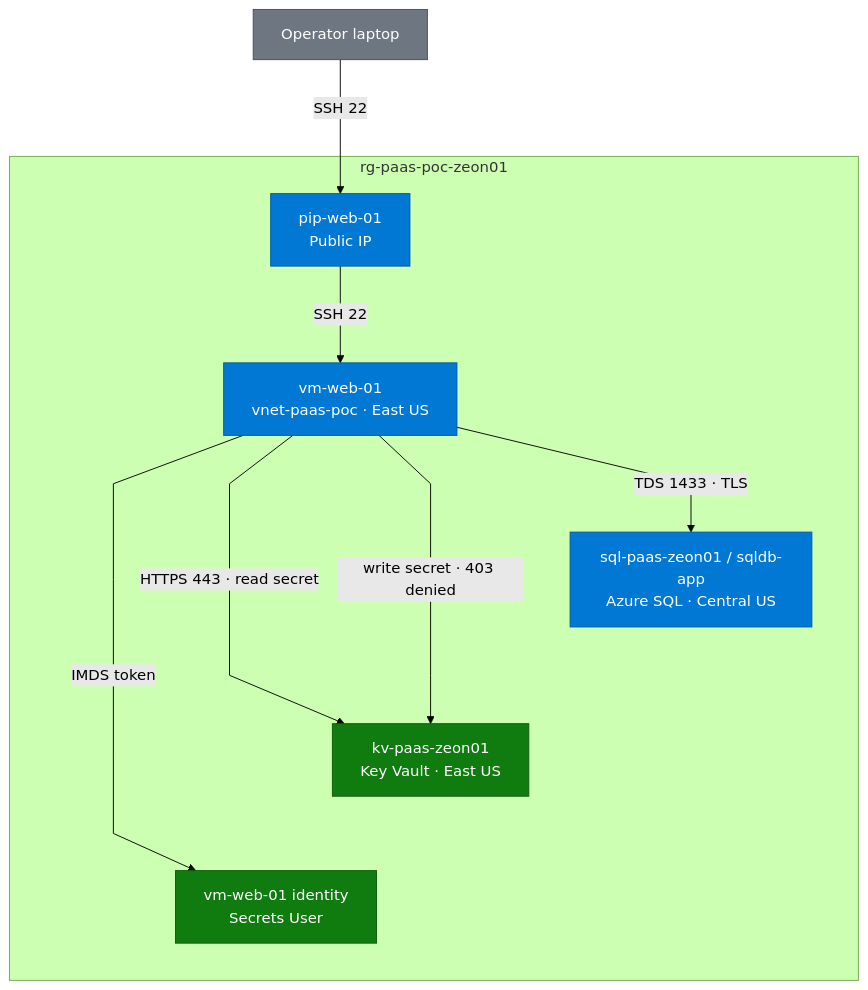
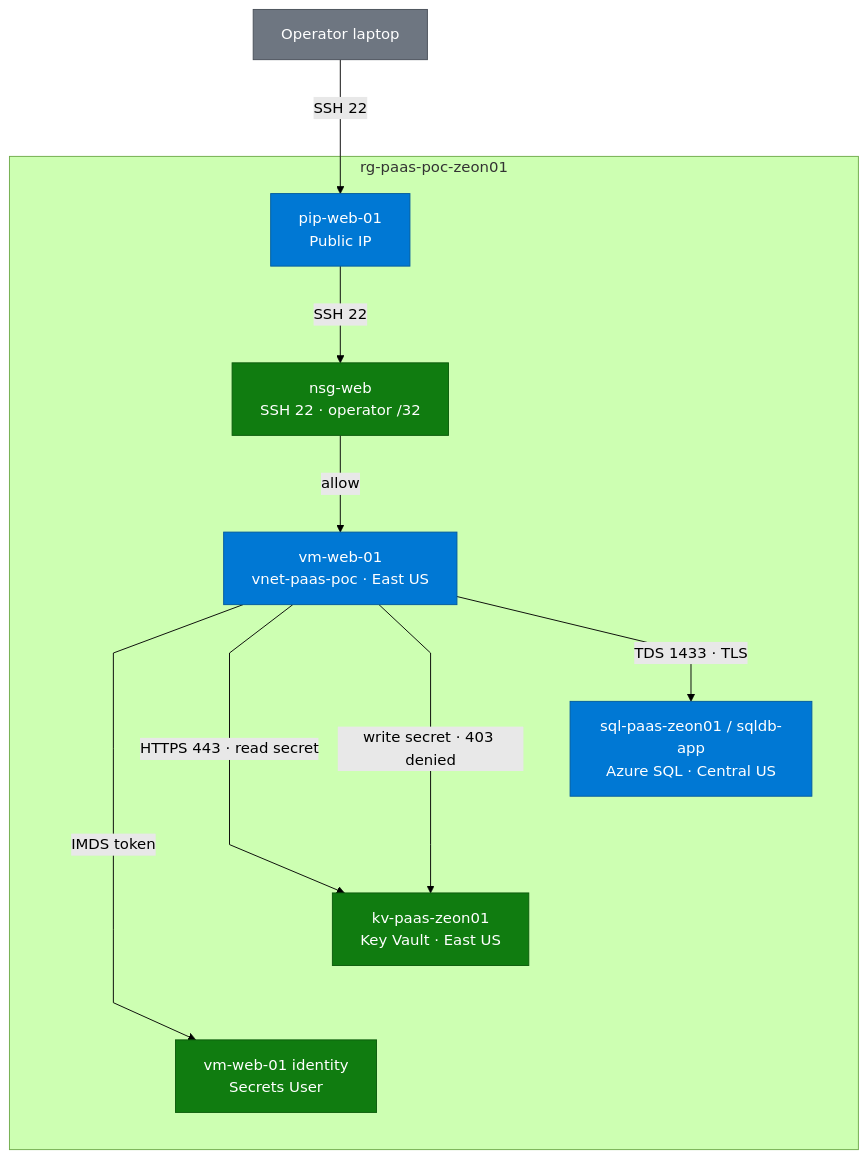
The diagram in README.md (zsociety47/azure-sql-keyvault-poc), drawn with Mermaid (forest theme) before and after one commit. The commit also changed other lines of this file, not shown here.

Commit message:
Show nsg-web on the SSH path in the architecture diagram.

````diff
--- a/README.md
+++ b/README.md
@@ -344,31 +344,33 @@
 ```mermaid
 %%{init: {"flowchart": {"useMaxWidth": false, "nodeSpacing": 80, "rankSpacing": 80, "curve": "linear"}}}%%
 flowchart TD
     operator["Operator laptop"]
 
     subgraph rg["rg-paas-poc-zeon01"]
         pip["pip-web-01<br/>Public IP"]
+        nsg["nsg-web<br/>SSH 22 · operator /32"]
         vmweb["vm-web-01<br/>vnet-paas-poc · East US"]
         sqldb["sql-paas-zeon01 / sqldb-app<br/>Azure SQL · Central US"]
         kv["kv-paas-zeon01<br/>Key Vault · East US"]
         ident["vm-web-01 identity<br/>Secrets User"]
     end
 
     operator -- "SSH 22" --> pip
-    pip -- "SSH 22" --> vmweb
+    pip -- "SSH 22" --> nsg
+    nsg -- "allow" --> vmweb
     vmweb -- "TDS 1433 · TLS" --> sqldb
     vmweb -- "HTTPS 443 · read secret" --> kv
     vmweb -- "write secret · 403 denied" --> kv
     vmweb -- "IMDS token" --> ident
 
     sqldb ~~~ kv
     kv ~~~ ident
 
     classDef azure fill:#0078d4,stroke:#005a9e,color:#fff
     classDef external fill:#6e7681,stroke:#484f58,color:#fff
     classDef identity fill:#107c10,stroke:#0b5a0b,color:#fff
 
     class pip,vmweb,sqldb azure
     class operator external
-    class ident,kv identity
+    class ident,kv,nsg identity
 ```
````
